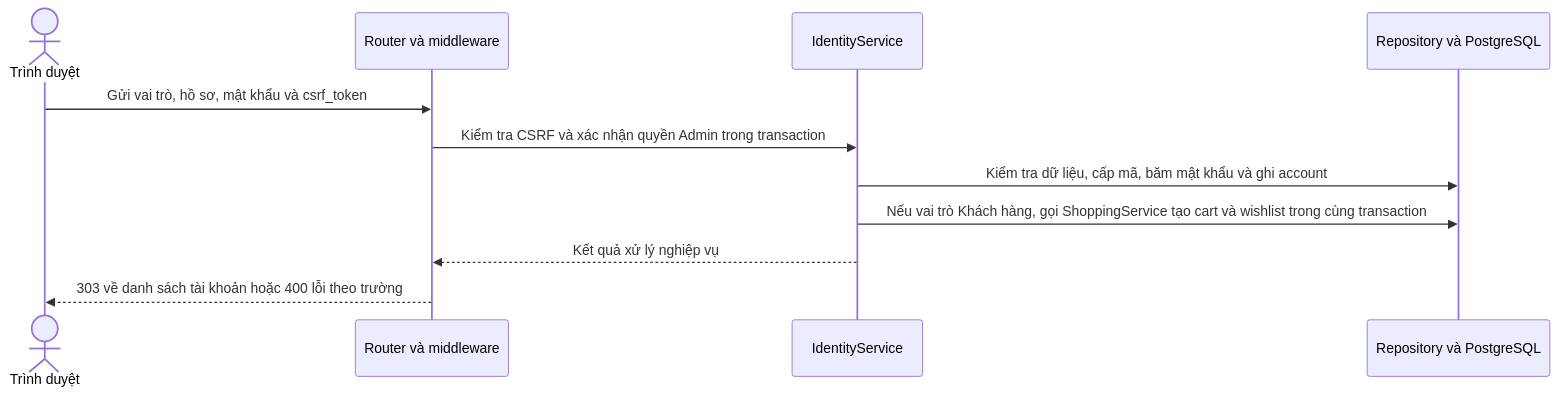
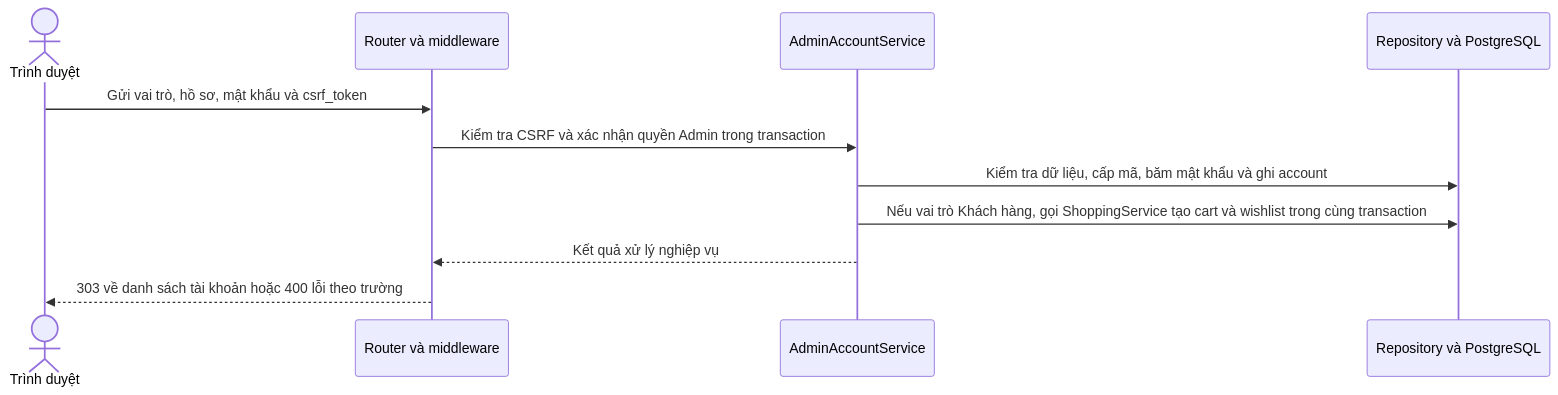
The diagram in docs/sequence/identity/post-admin-accounts-new.md (thanhklt/sobie-swimwear-e-commerce), drawn with Mermaid before and after one commit. The commit also changed 127 other files, not shown here.

````diff
--- a/docs/sequence/identity/post-admin-accounts-new.md
+++ b/docs/sequence/identity/post-admin-accounts-new.md
@@ -5,13 +5,13 @@
 ```mermaid
 sequenceDiagram
     actor Browser as Trình duyệt
     participant Route as Router và middleware
-    participant Service as IdentityService
+    participant Service as AdminAccountService
     participant Data as Repository và PostgreSQL
     Browser->>Route: Gửi vai trò, hồ sơ, mật khẩu và csrf_token
     Route->>Service: Kiểm tra CSRF và xác nhận quyền Admin trong transaction
     Service->>Data: Kiểm tra dữ liệu, cấp mã, băm mật khẩu và ghi account
     Service->>Data: Nếu vai trò Khách hàng, gọi ShoppingService tạo cart và wishlist trong cùng transaction
     Service-->>Route: Kết quả xử lý nghiệp vụ
     Route-->>Browser: 303 về danh sách tài khoản hoặc 400 lỗi theo trường
 ```
````
